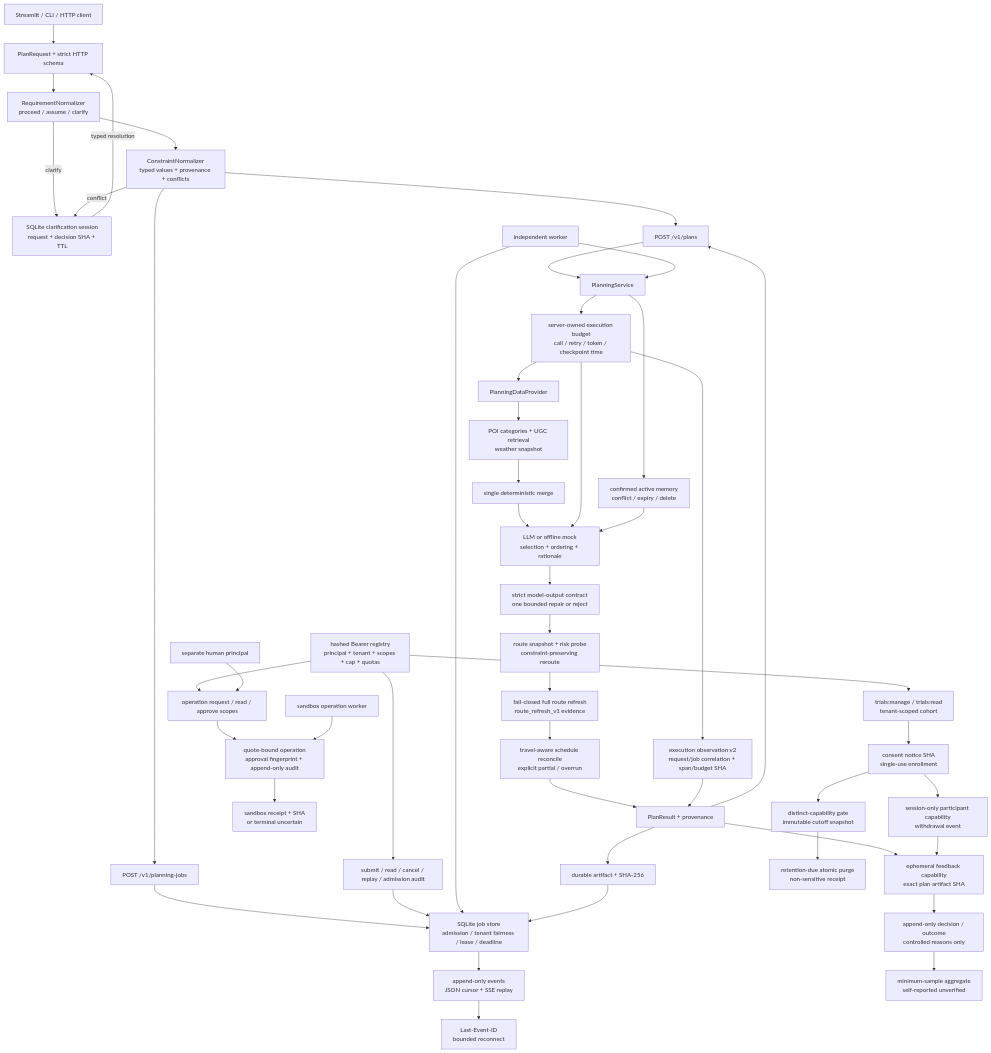
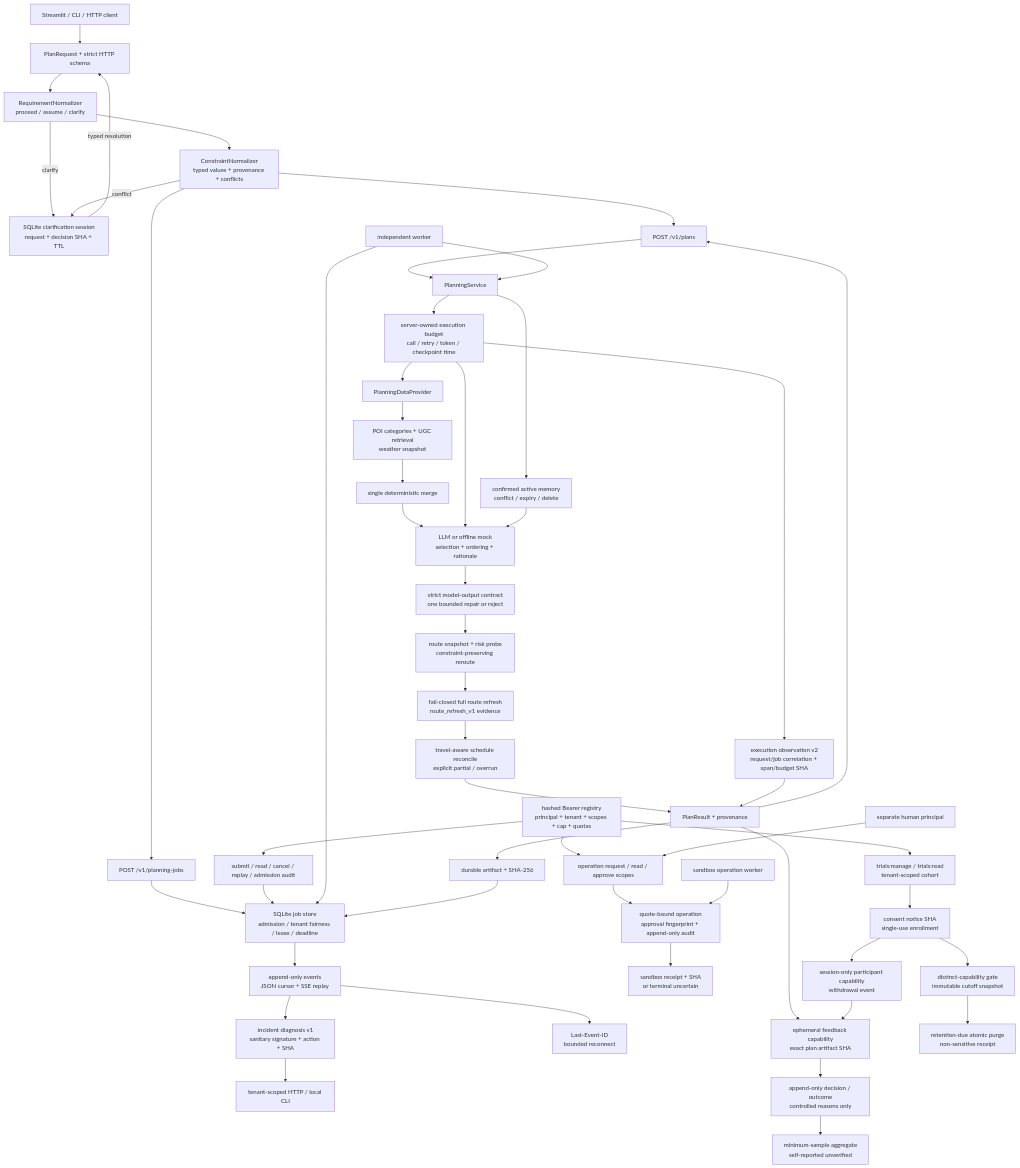
One commit to estelledc/bj-pal changed the diagram in README.md. Above: the diagram before and after it, drawn with Mermaid. The commit also changed other lines of this file and 5 other files, not shown here.

````diff
--- a/README.md
+++ b/README.md
@@ -75,51 +75,53 @@
 ```mermaid
 flowchart TD
     Client["Streamlit / CLI / HTTP client"] --> Contract["PlanRequest + strict HTTP schema"]
     Contract --> Gate["RequirementNormalizer\nproceed / assume / clarify"]
     Gate --> Ledger["ConstraintNormalizer\ntyped values + provenance + conflicts"]
     Gate -->|clarify| Clarify["SQLite clarification session\nrequest + decision SHA + TTL"]
     Ledger -->|conflict| Clarify
     Clarify -->|typed resolution| Contract
     Ledger --> Sync["POST /v1/plans"]
     Ledger --> Submit["POST /v1/planning-jobs"]
     Submit --> JobDB["SQLite job store\nadmission / tenant fairness / lease / deadline"]
     Auth["hashed Bearer registry\nprincipal + tenant + scopes + cap + quotas"] --> Control["submit / read / cancel / replay / admission audit"]
     Control --> JobDB
     JobDB --> Events["append-only events\nJSON cursor + SSE replay"]
+    Events --> Diagnose["incident diagnosis v1\nsanitary signature + action + SHA"]
+    Diagnose --> DiagnoseAPI["tenant-scoped HTTP / local CLI"]
     Events --> Stream["Last-Event-ID\nbounded reconnect"]
     Worker["independent worker"] --> JobDB
     Sync --> Service["PlanningService"]
     Worker --> Service
     Service --> Budget["server-owned execution budget\ncall / retry / token / checkpoint time"]
     Budget --> Observe["execution observation v2\nrequest/job correlation + span/budget SHA"]
     Budget --> Data["PlanningDataProvider"]
     Service --> Memory["confirmed active memory\nconflict / expiry / delete"]
     Data --> Fanout["POI categories + UGC retrieval\nweather snapshot"]
     Fanout --> Merge["single deterministic merge"]
     Merge --> Planner["LLM or offline mock\nselection + ordering + rationale"]
     Budget --> Planner
     Memory --> Planner
     Planner --> OutputContract["strict model-output contract\none bounded repair or reject"]
     OutputContract --> Rules["route snapshot + risk probe\nconstraint-preserving reroute"]
     Rules --> Refresh["fail-closed full route refresh\nroute_refresh_v1 evidence"]
     Refresh --> Schedule["travel-aware schedule reconcile\nexplicit partial / overrun"]
     Schedule --> Result["PlanResult + provenance"]
     Observe --> Result
     Result --> Sync
     Result --> Artifact["durable artifact + SHA-256"]
     Artifact --> JobDB
     Auth --> OpAPI["operation request / read / approve scopes"]
     OpAPI --> OpDB["quote-bound operation\napproval fingerprint + append-only audit"]
     Approver["separate human principal"] --> OpAPI
     OpWorker["sandbox operation worker"] --> OpDB
     OpDB --> Receipt["sandbox receipt + SHA\nor terminal uncertain"]
     Result --> FeedbackInvite["ephemeral feedback capability\nexact plan artifact SHA"]
     FeedbackInvite --> FeedbackDB["append-only decision / outcome\ncontrolled reasons only"]
     FeedbackDB --> FeedbackSummary["minimum-sample aggregate\nself-reported unverified"]
     Auth --> TrialAdmin["trials:manage / trials:read\ntenant-scoped cohort"]
     TrialAdmin --> TrialDB["consent notice SHA\nsingle-use enrollment"]
     TrialDB --> Participant["session-only participant capability\nwithdrawal event"]
     Participant --> FeedbackInvite
     TrialDB --> TrialSnapshot["distinct-capability gate\nimmutable cutoff snapshot"]
     TrialSnapshot --> TrialPurge["retention-due atomic purge\nnon-sensitive receipt"]
 ```
````
